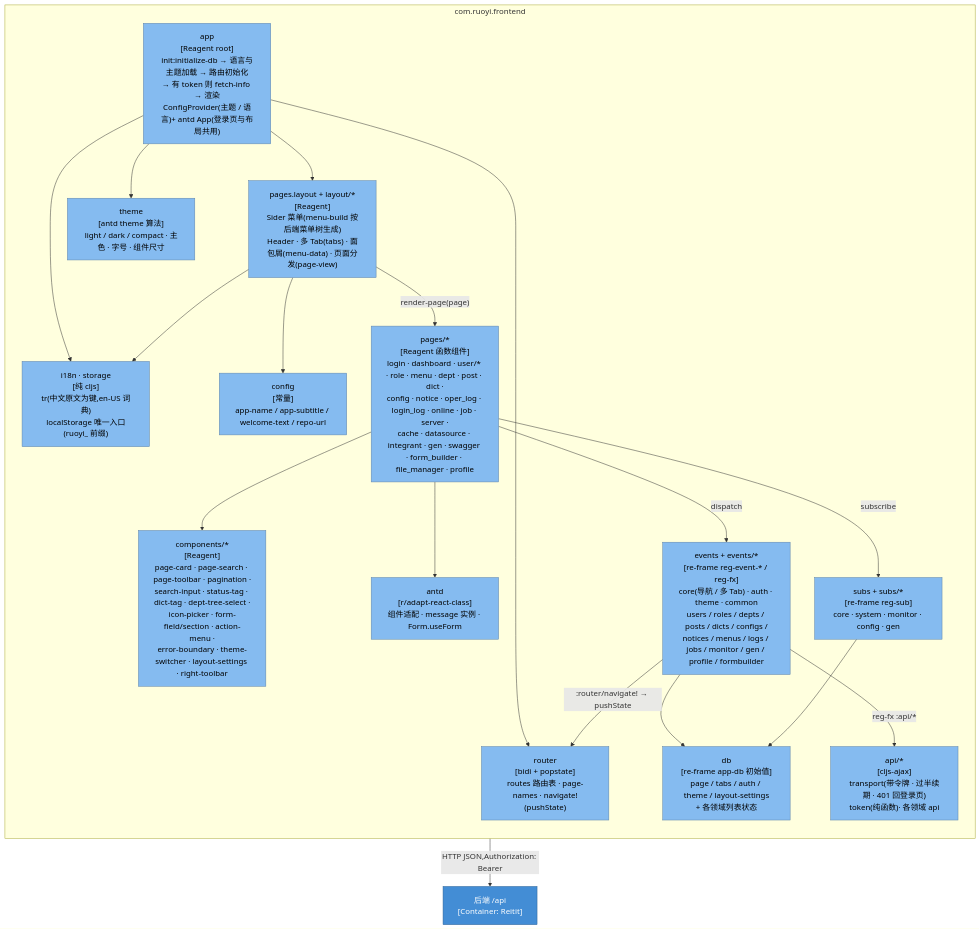
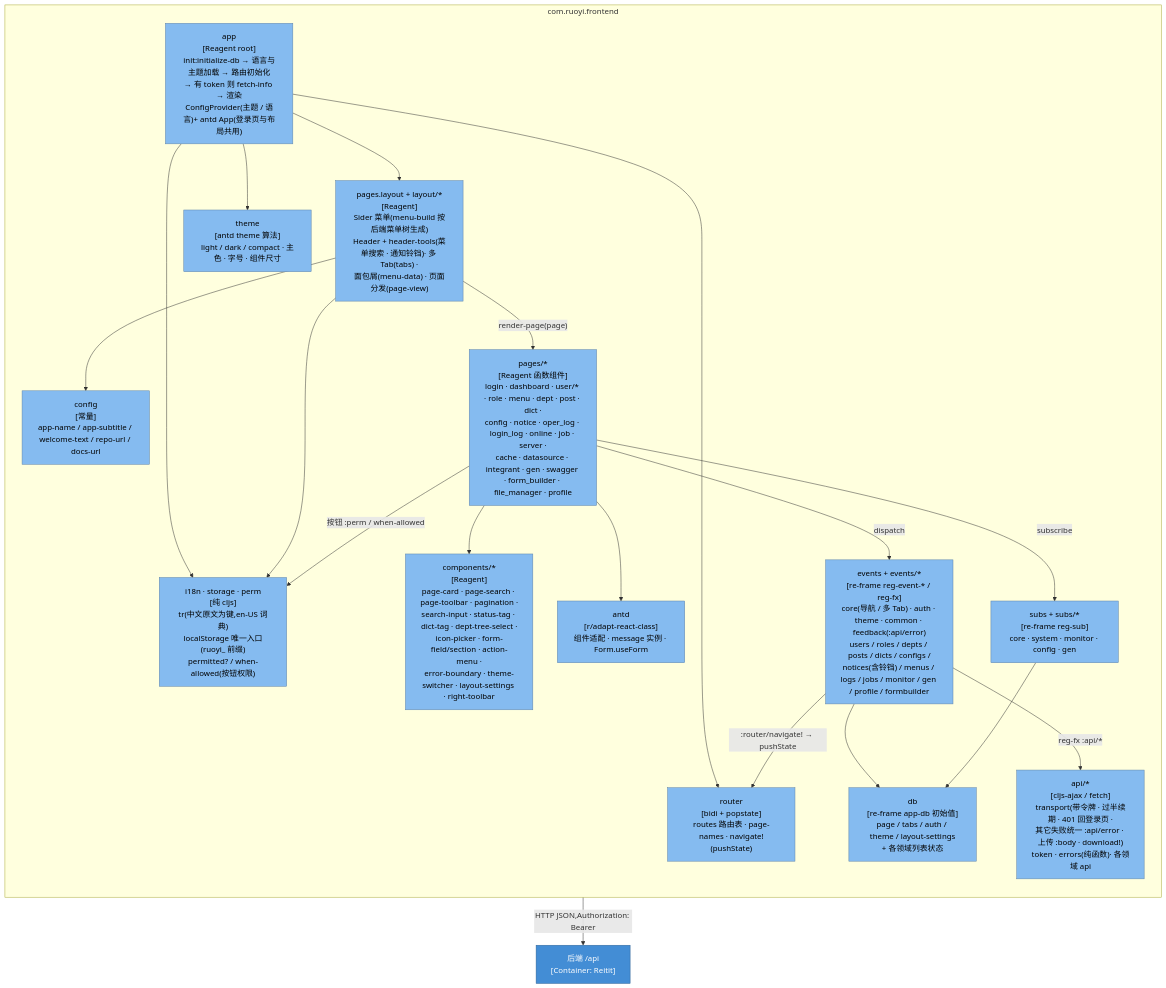
The fifth of 14 diagrams in docs/architecture/c4-model.org (RedCreationTech/clj-cljs-template), drawn with Mermaid before and after one commit. The commit also changed other lines of this file and 144 other files, not shown here.

```diff
--- a/docs/architecture/c4-model.org
+++ b/docs/architecture/c4-model.org
@@ -264,38 +269,39 @@
 #+begin_src mermaid :file img/c4-frontend-components.svg :exports results
 flowchart TB
   backend["后端 /api<br/>[Container: Reitit]"]:::container
   subgraph SPA["com.ruoyi.frontend"]
     direction TB
     app["app<br/>[Reagent root]<br/>init:initialize-db → 语言与主题加载 → 路由初始化<br/>→ 有 token 则 fetch-info → 渲染<br/>ConfigProvider(主题 / 语言)+ antd App(登录页与布局共用)"]:::comp
-    cfg["config<br/>[常量]<br/>app-name / app-subtitle / welcome-text / repo-url"]:::comp
+    cfg["config<br/>[常量]<br/>app-name / app-subtitle / welcome-text / repo-url / docs-url"]:::comp
     router["router<br/>[bidi + popstate]<br/>routes 路由表 · page-names · navigate!(pushState)"]:::comp
     db["db<br/>[re-frame app-db 初始值]<br/>page / tabs / auth / theme / layout-settings<br/>+ 各领域列表状态"]:::comp
-    events["events + events/*<br/>[re-frame reg-event-* / reg-fx]<br/>core(导航 / 多 Tab) · auth · theme · common<br/>users / roles / depts / posts / dicts / configs /<br/>notices / menus / logs / jobs / monitor / gen / profile / formbuilder"]:::comp
+    events["events + events/*<br/>[re-frame reg-event-* / reg-fx]<br/>core(导航 / 多 Tab) · auth · theme · common · feedback(:api/error)<br/>users / roles / depts / posts / dicts / configs /<br/>notices(含铃铛) / menus / logs / jobs / monitor / gen / profile / formbuilder"]:::comp
     subs["subs + subs/*<br/>[re-frame reg-sub]<br/>core · system · monitor · config · gen"]:::comp
-    api["api/*<br/>[cljs-ajax]<br/>transport(带令牌 · 过半续期 · 401 回登录页)<br/>token(纯函数)· 各领域 api"]:::comp
-    infra["i18n · storage<br/>[纯 cljs]<br/>tr(中文原文为键,en-US 词典)<br/>localStorage 唯一入口(ruoyi_ 前缀)"]:::comp
+    api["api/*<br/>[cljs-ajax / fetch]<br/>transport(带令牌 · 过半续期 · 401 回登录页 ·<br/>其它失败统一 :api/error · 上传 :body · download!)<br/>token · errors(纯函数)· 各领域 api"]:::comp
+    infra["i18n · storage · perm<br/>[纯 cljs]<br/>tr(中文原文为键,en-US 词典)<br/>localStorage 唯一入口(ruoyi_ 前缀)<br/>permitted? / when-allowed(按钮权限)"]:::comp
     antd["antd<br/>[r/adapt-react-class]<br/>组件适配 · message 实例 · Form.useForm"]:::comp
-    layout["pages.layout + layout/*<br/>[Reagent]<br/>Sider 菜单(menu-build 按后端菜单树生成)<br/>Header · 多 Tab(tabs) · 面包屑(menu-data) · 页面分发(page-view)"]:::comp
+    layout["pages.layout + layout/*<br/>[Reagent]<br/>Sider 菜单(menu-build 按后端菜单树生成)<br/>Header + header-tools(菜单搜索 · 通知铃铛)· 多 Tab(tabs) ·<br/>面包屑(menu-data) · 页面分发(page-view)"]:::comp
     pages["pages/*<br/>[Reagent 函数组件]<br/>login · dashboard · user/* · role · menu · dept · post · dict ·<br/>config · notice · oper_log · login_log · online · job · server ·<br/>cache · datasource · integrant · gen · swagger · form_builder · file_manager · profile"]:::comp
     comps["components/*<br/>[Reagent]<br/>page-card · page-search · page-toolbar · pagination ·<br/>search-input · status-tag · dict-tag · dept-tree-select ·<br/>icon-picker · form-field/section · action-menu ·<br/>error-boundary · theme-switcher · layout-settings · right-toolbar"]:::comp
     theme["theme<br/>[antd theme 算法]<br/>light / dark / compact · 主色 · 字号 · 组件尺寸"]:::comp
   end
   app --> router
   app --> layout
   app --> theme
   app --> infra
   layout --> cfg
   layout --> infra
   layout -- "render-page(page)" --> pages
   pages --> comps
+  pages -- "按钮 :perm / when-allowed" --> infra
   pages --> antd
   pages -- dispatch --> events
   pages -- subscribe --> subs
   events --> db
   events -- "reg-fx :api/*" --> api
   events -- ":router/navigate! → pushState" --> router
   subs --> db
   api -- "HTTP JSON,Authorization: Bearer" --> backend
   classDef container fill:#438dd5,stroke:#2e6295,color:#fff
   classDef comp fill:#85bbf0,stroke:#5d82a8,color:#000
 #+end_src
```
